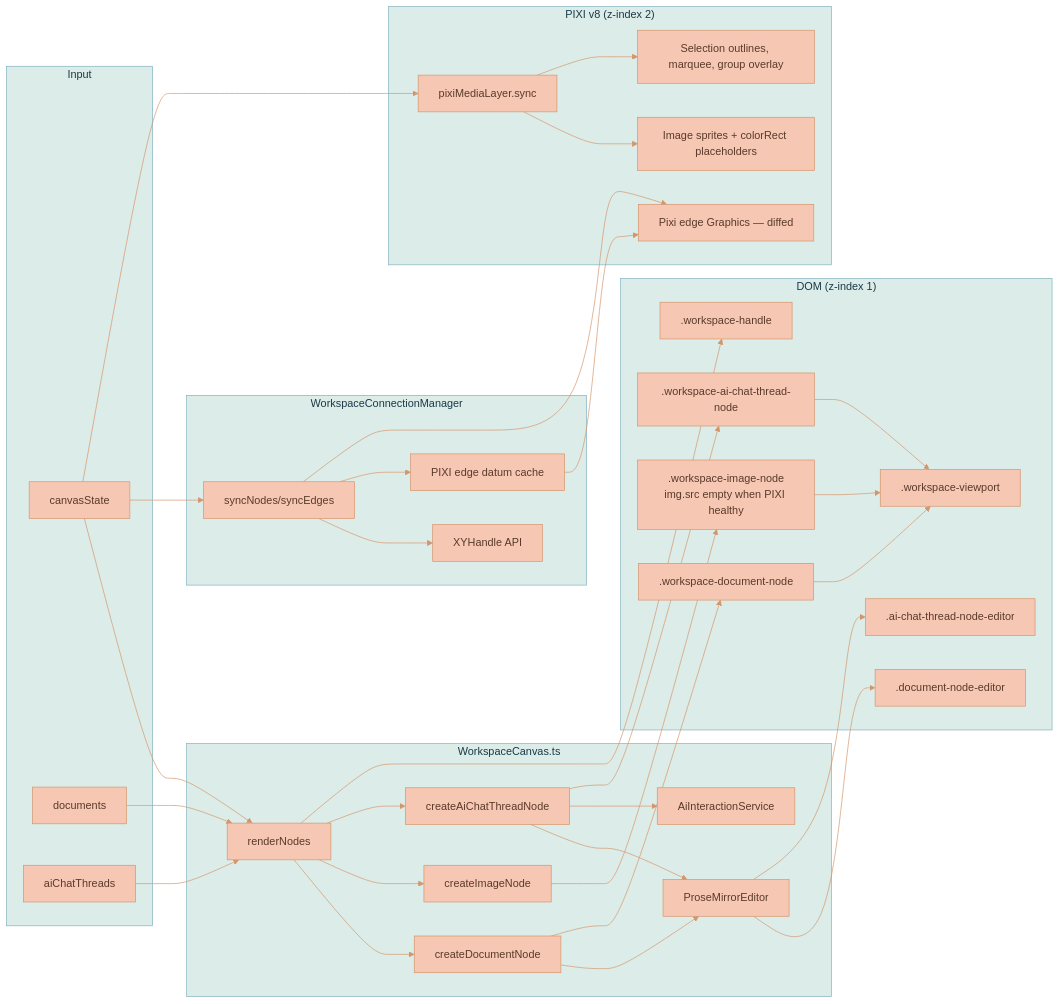
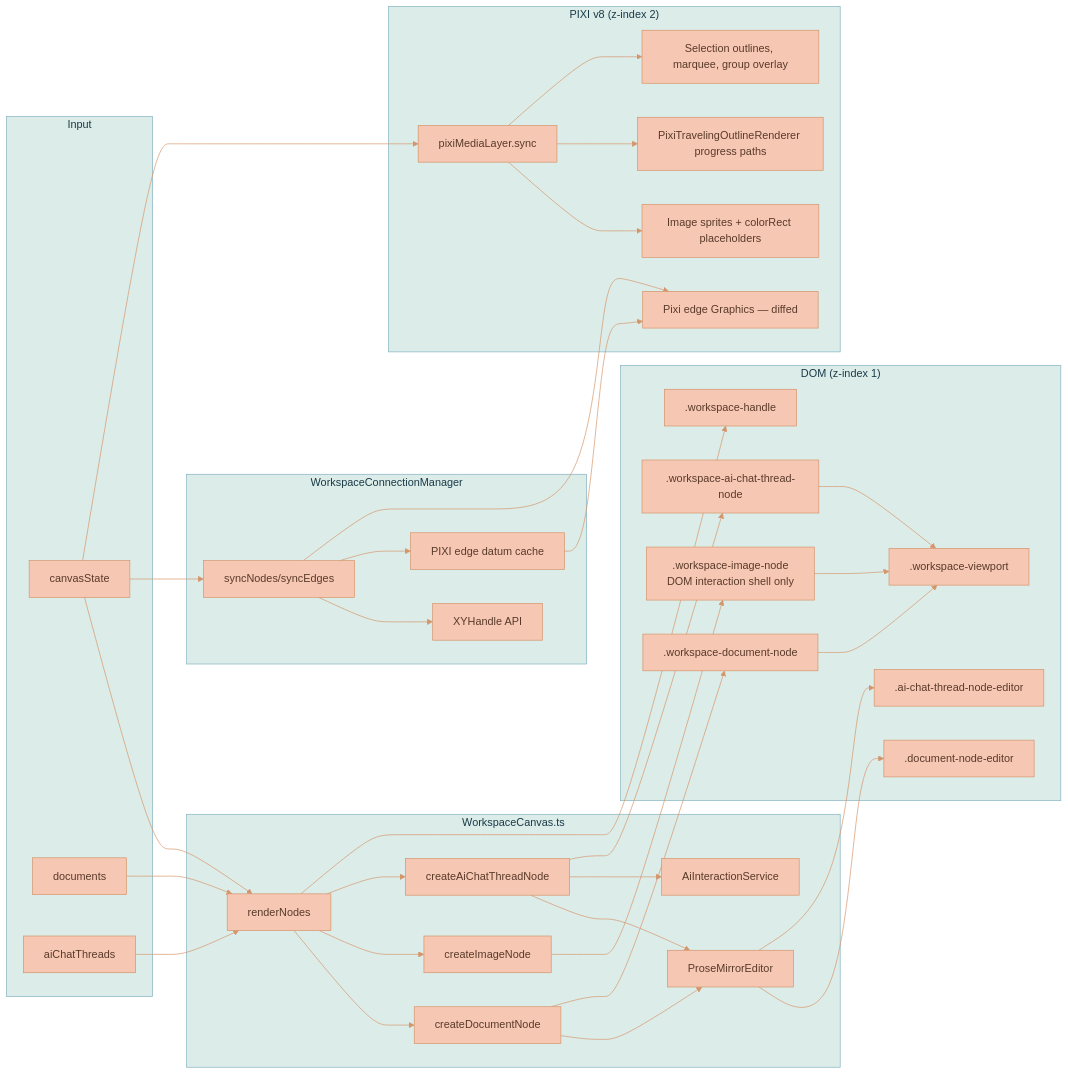
Before and after one commit to Lixpi/lixpi: the eighth of 17 diagrams in documentation/features/WORKSPACE-FEATURE.md, drawn with Mermaid. The commit also changed other lines of this file and 16 other files, not shown here.

````diff
--- a/documentation/features/WORKSPACE-FEATURE.md
+++ b/documentation/features/WORKSPACE-FEATURE.md
@@ -579,68 +579,70 @@
 ```mermaid
 %%{init: {'theme': 'base', 'themeVariables': { 'primaryColor': '#F6C7B3', 'primaryTextColor': '#5a3a2a', 'primaryBorderColor': '#d4956a', 'secondaryColor': '#C3DEDD', 'secondaryTextColor': '#1a3a47', 'secondaryBorderColor': '#4a8a9d', 'tertiaryColor': '#DCECE9', 'tertiaryTextColor': '#1a3a47', 'tertiaryBorderColor': '#82B2C0', 'lineColor': '#d4956a', 'textColor': '#5a3a2a'}}}%%
 flowchart LR
     subgraph Input
         CS[canvasState]
         DOCS[documents]
         THREADS[aiChatThreads]
     end
 
     subgraph WorkspaceCanvas.ts
         RN[renderNodes]
         CDN[createDocumentNode]
         CIN[createImageNode]
         CTN[createAiChatThreadNode]
         PM[ProseMirrorEditor]
         AIS[AiInteractionService]
     end
 
     subgraph ConnectionManager["WorkspaceConnectionManager"]
         WCM[syncNodes/syncEdges]
         XYH[XYHandle API]
         PXD[PIXI edge datum cache]
     end
 
     subgraph DOM["DOM (z-index 1)"]
         VP[.workspace-viewport]
         DOCNODES[.workspace-document-node]
-        IMGNODES[.workspace-image-node<br/>img.src empty when PIXI healthy]
+        IMGNODES[.workspace-image-node<br/>DOM interaction shell only]
         THREADNODES[.workspace-ai-chat-thread-node]
         HANDLES[.workspace-handle]
         ED[.document-node-editor]
         TED[.ai-chat-thread-node-editor]
     end
 
     subgraph PIXI["PIXI v8 (z-index 2)"]
         PML[pixiMediaLayer.sync]
         SPR[Image sprites + colorRect placeholders]
+        GEN[PixiTravelingOutlineRenderer progress paths]
         PEDG[Pixi edge Graphics — diffed]
         FG[Selection outlines, marquee, group overlay]
     end
 
     CS --> RN
     CS --> WCM
     CS --> PML
     DOCS --> RN
     THREADS --> RN
     RN --> CDN
     RN --> CIN
     RN --> CTN
     RN --> HANDLES
     CDN --> PM
     CTN --> PM
     CTN --> AIS
     CDN --> DOCNODES
     CIN --> IMGNODES
     CTN --> THREADNODES
     DOCNODES --> VP
     IMGNODES --> VP
     THREADNODES --> VP
     WCM --> XYH
     WCM --> PXD
     WCM --> PEDG
     PXD --> PEDG
     PM --> ED
     PM --> TED
     PML --> SPR
+    PML --> GEN
     PML --> FG
 ```
````
